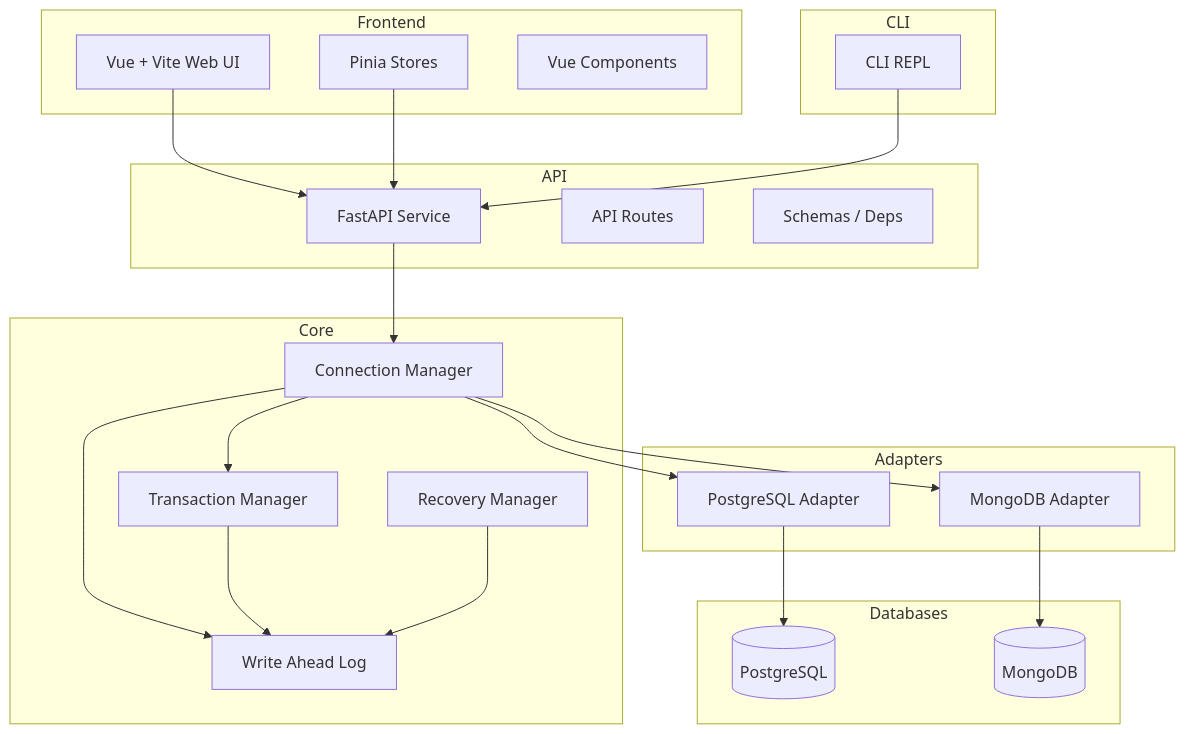
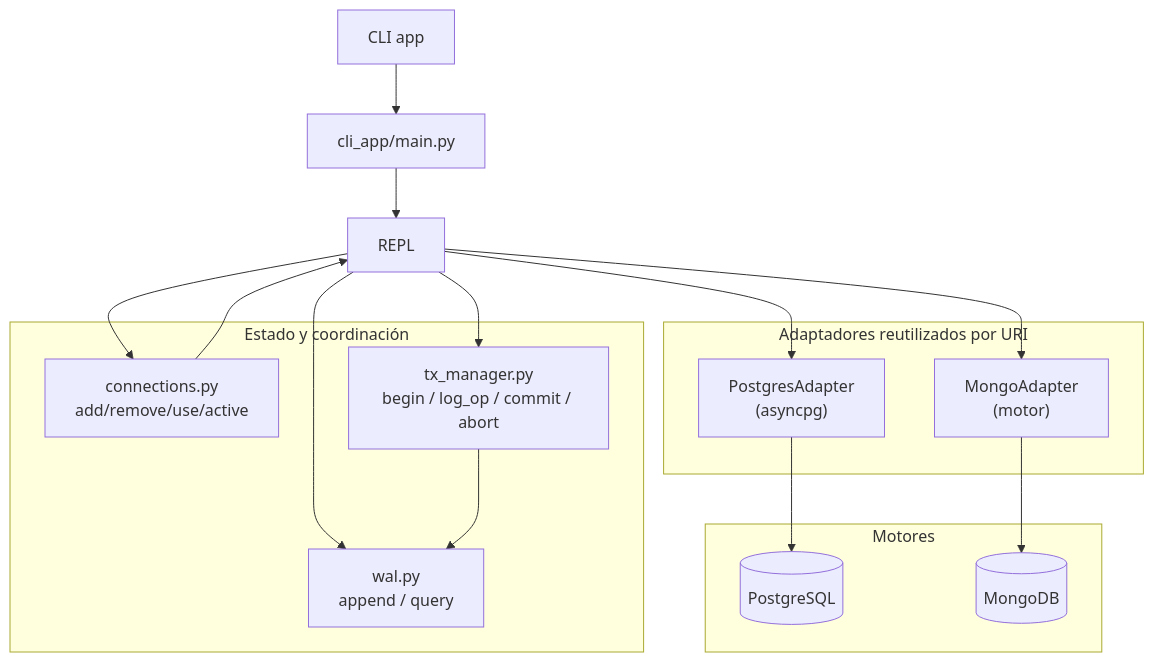
One commit to cyaos/ci0141_2026a_proyecto1 changed the diagram in docs/diagrams/client_architecture.mmd. Above: the diagram before and after it, drawn with Mermaid. The commit also changed 5 other files, not shown here.

Commit message:
Update diagrams

```diff
--- a/docs/diagrams/client_architecture.mmd
+++ b/docs/diagrams/client_architecture.mmd
@@ -1,58 +1,34 @@
 flowchart TB
 
-    %% FRONTEND
-    subgraph Frontend
-        Vue["Vue + Vite Web UI"]
-        Stores["Pinia Stores"]
-        Components["Vue Components"]
+    User["CLI app"] --> Main["cli_app/main.py"]
+    Main --> REPL["REPL"]
+
+    subgraph State["Estado y coordinación"]
+        Conn["connections.py\nadd/remove/use/active"]
+        TX["tx_manager.py\nbegin / log_op / commit / abort"]
+        WAL["wal.py\nappend / query"]
     end
 
-    %% CLI
-    subgraph CLI
-        REPL["CLI REPL"]
+    subgraph Adapters["Adaptadores reutilizados por URI"]
+        PG["PostgresAdapter\n(asyncpg)"]
+        MG["MongoAdapter\n(motor)"]
     end
 
-    %% API
-    subgraph API
-        FastAPI["FastAPI Service"]
-        Routes["API Routes"]
-        Schemas["Schemas / Deps"]
-    end
-
-    %% CORE
-    subgraph Core
-        Conn["Connection Manager"]
-        TX["Transaction Manager"]
-        WAL["Write Ahead Log"]
-        Recovery["Recovery Manager"]
-    end
-
-    %% ADAPTERS
-    subgraph Adapters
-        PG["PostgreSQL Adapter"]
-        MG["MongoDB Adapter"]
-    end
-
-    %% DATABASES
-    subgraph Databases
+    subgraph Databases["Motores"]
         Postgres[("PostgreSQL")]
         Mongo[("MongoDB")]
     end
 
-    %% FLOWS
-    Vue --> FastAPI
-    Stores --> FastAPI
-    REPL --> FastAPI
+    REPL --> Conn
+    REPL --> TX
+    REPL --> WAL
 
-    FastAPI --> Conn
+    REPL --> PG
+    REPL --> MG
 
-    Conn --> TX
-    Conn --> WAL
     TX --> WAL
-    Recovery --> WAL
-
-    Conn --> PG
-    Conn --> MG
 
     PG --> Postgres
     MG --> Mongo
+
+    Conn --> REPL
```
